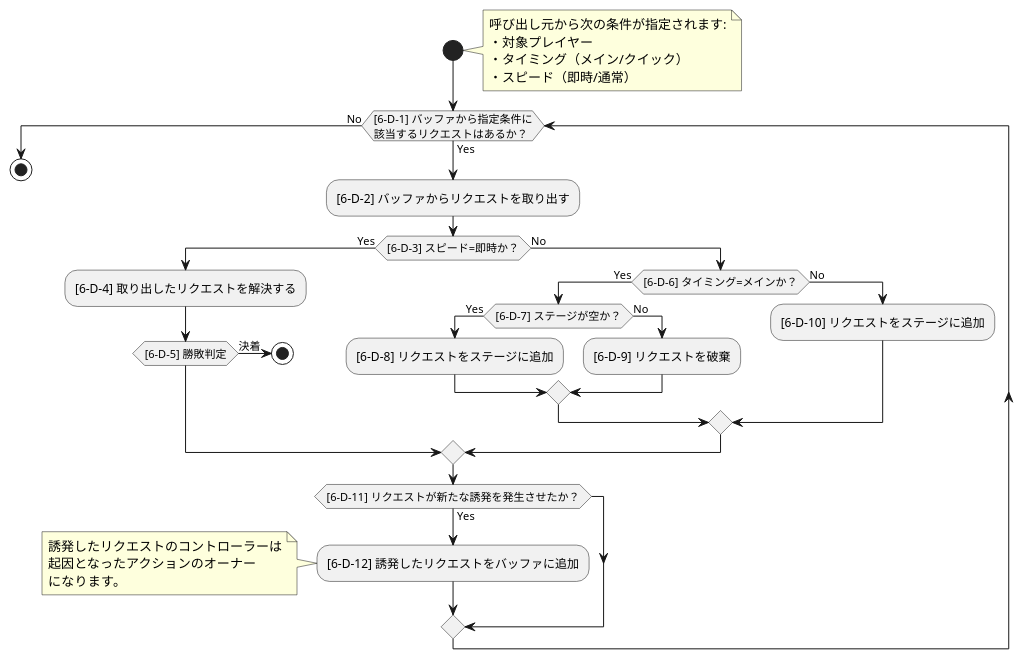
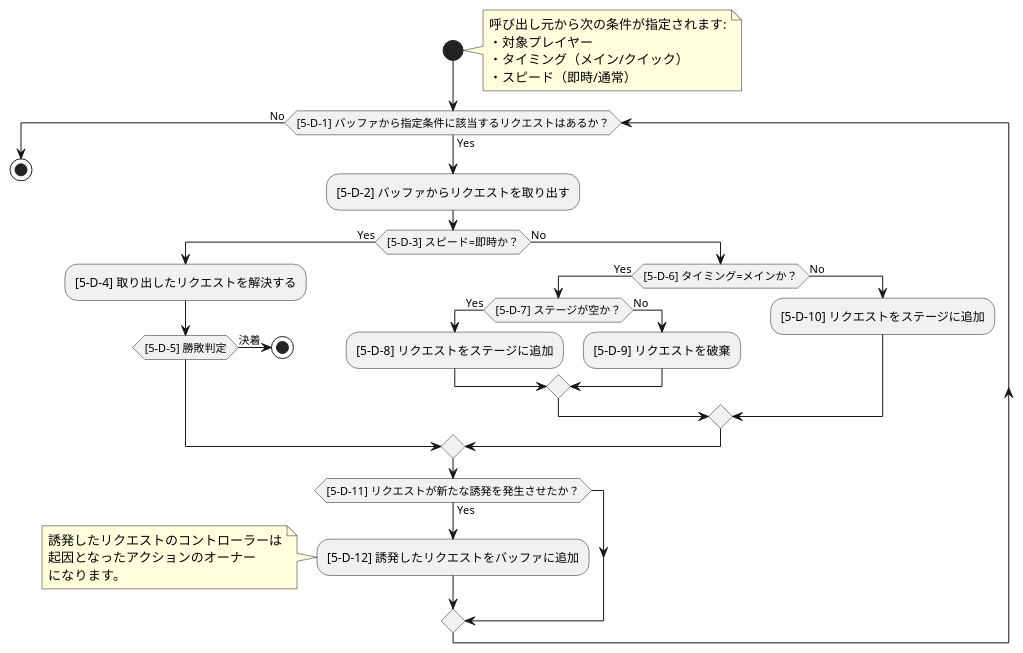
One commit to BlackPoker/BlackPoker changed the diagram in source/core/triggerflow_detail.puml. Above: the diagram before and after it, drawn with PlantUML. The commit also changed 3 other files, not shown here.

```diff
--- a/source/core/triggerflow_detail.puml
+++ b/source/core/triggerflow_detail.puml
@@ -1,46 +1,46 @@
 @startuml
 skinparam defaultFontName "Droid Sans Fallback"
 '==============================
 '【誘発アクション処理】（即時・通常 統合）
 '==============================
 
 start
 note right
   呼び出し元から次の条件が指定されます:
   ・対象プレイヤー
   ・タイミング（メイン/クイック）
   ・スピード（即時/通常）
 end note
-while ([6-D-1] バッファから指定条件に\n該当するリクエストはあるか？) is (Yes)
-  :[6-D-2] バッファからリクエストを取り出す;
+while ([5-D-1] バッファから指定条件に該当するリクエストはあるか？) is (Yes)
+  :[5-D-2] バッファからリクエストを取り出す;
 
-  if ([6-D-3] スピード=即時か？) then (Yes)
+  if ([5-D-3] スピード=即時か？) then (Yes)
     '--- 即時処理 ---
-    :[6-D-4] 取り出したリクエストを解決する;
-    if ([6-D-5] 勝敗判定) then (決着)
+    :[5-D-4] 取り出したリクエストを解決する;
+    if ([5-D-5] 勝敗判定) then (決着)
       stop
     endif
   else (No)
     '--- 通常処理 ---
-    if ([6-D-6] タイミング=メインか？) then (Yes)
-      if ([6-D-7] ステージが空か？) then (Yes)
-        :[6-D-8] リクエストをステージに追加;
+    if ([5-D-6] タイミング=メインか？) then (Yes)
+      if ([5-D-7] ステージが空か？) then (Yes)
+        :[5-D-8] リクエストをステージに追加;
       else (No)
-        :[6-D-9] リクエストを破棄;
+        :[5-D-9] リクエストを破棄;
       endif
     else (No)
-      :[6-D-10] リクエストをステージに追加;
+      :[5-D-10] リクエストをステージに追加;
     endif
   endif
 
-  if ([6-D-11] リクエストが新たな誘発を発生させたか？) then (Yes)
-    :[6-D-12] 誘発したリクエストをバッファに追加;
+  if ([5-D-11] リクエストが新たな誘発を発生させたか？) then (Yes)
+    :[5-D-12] 誘発したリクエストをバッファに追加;
     note left
       誘発したリクエストのコントローラーは
       起因となったアクションのオーナー
       になります。
     end note
   endif
 endwhile (No)
 stop
 @enduml
```
